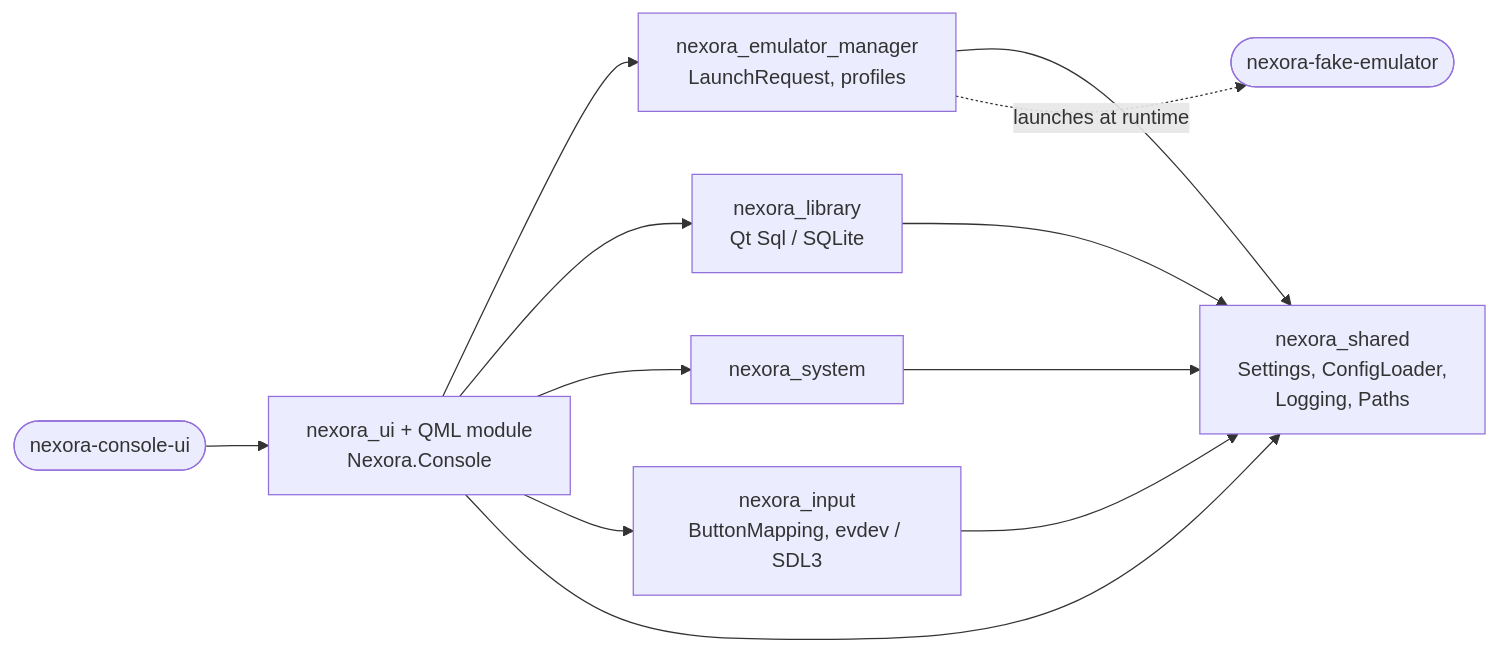
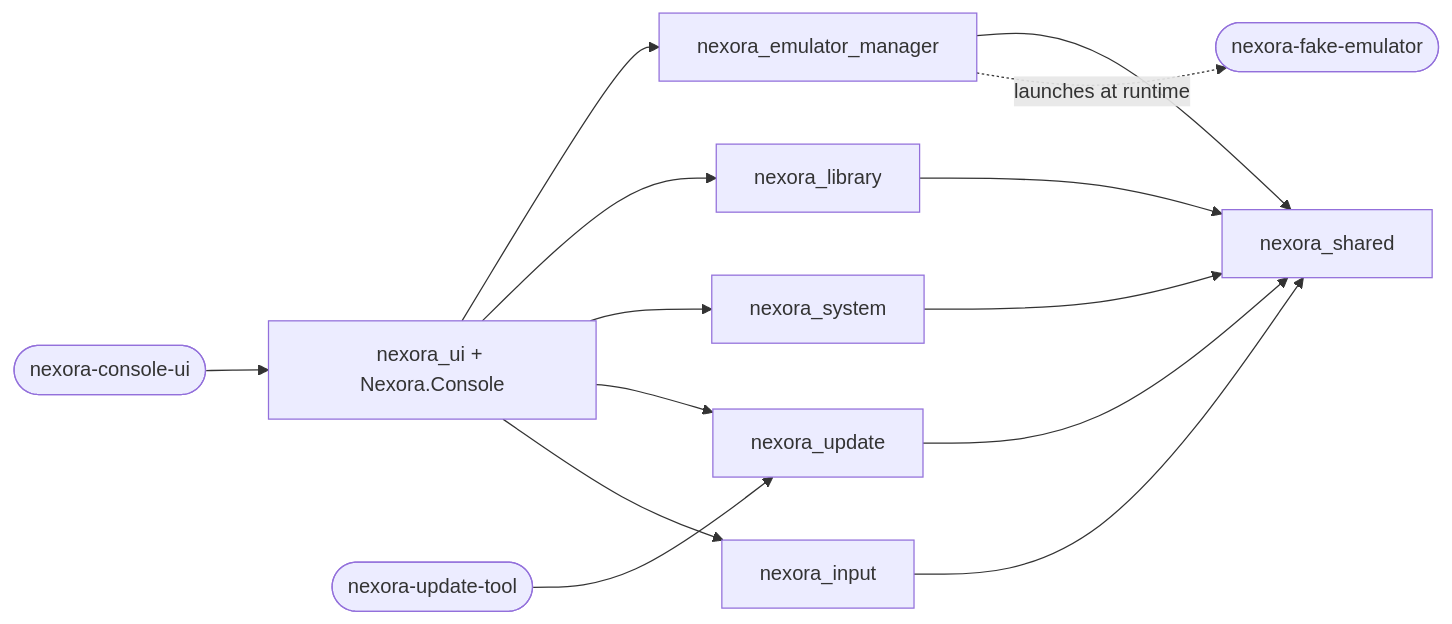
One commit to szebasztianmarton/Nexora-OS changed the second of 3 diagrams in docs/architecture.md. Above: the diagram before and after it, drawn with Mermaid. The commit also changed other lines of this file and 21 other files, not shown here.

````diff
--- a/docs/architecture.md
+++ b/docs/architecture.md
@@ -39,23 +95,27 @@
 ```mermaid
 graph LR
-    shared[nexora_shared<br/>Settings, ConfigLoader,<br/>Logging, Paths]
-    em[nexora_emulator_manager<br/>LaunchRequest, profiles]
-    lib[nexora_library<br/>Qt Sql / SQLite]
+    shared[nexora_shared]
+    em[nexora_emulator_manager]
+    lib[nexora_library]
     sys[nexora_system]
-    input[nexora_input<br/>ButtonMapping, evdev / SDL3]
-    ui[nexora_ui + QML module<br/>Nexora.Console]
+    upd[nexora_update]
+    input[nexora_input]
+    ui[nexora_ui + Nexora.Console]
     app([nexora-console-ui])
+    tool([nexora-update-tool])
     fake([nexora-fake-emulator])
 
     em --> shared
     lib --> shared
     sys --> shared
+    upd --> shared
     input --> shared
     ui --> em
     ui --> lib
     ui --> sys
+    ui --> upd
     ui --> input
-    ui --> shared
     app --> ui
+    tool --> upd
     em -. launches at runtime .-> fake
 ```
````
